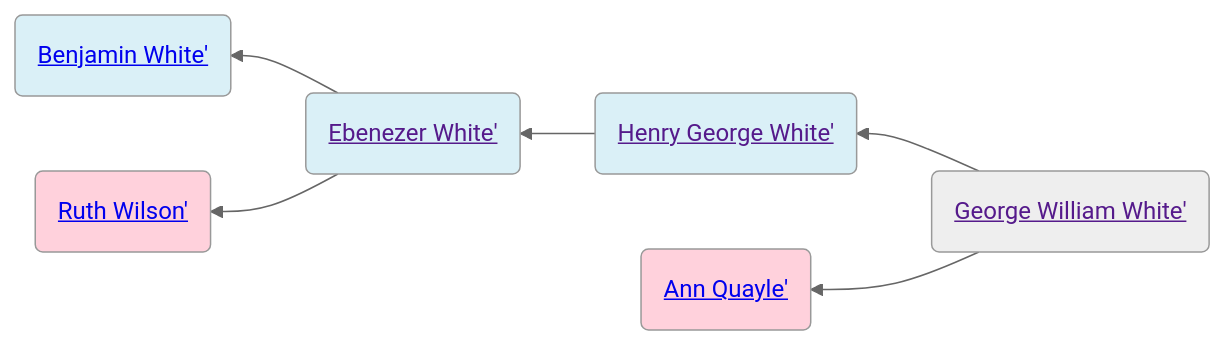
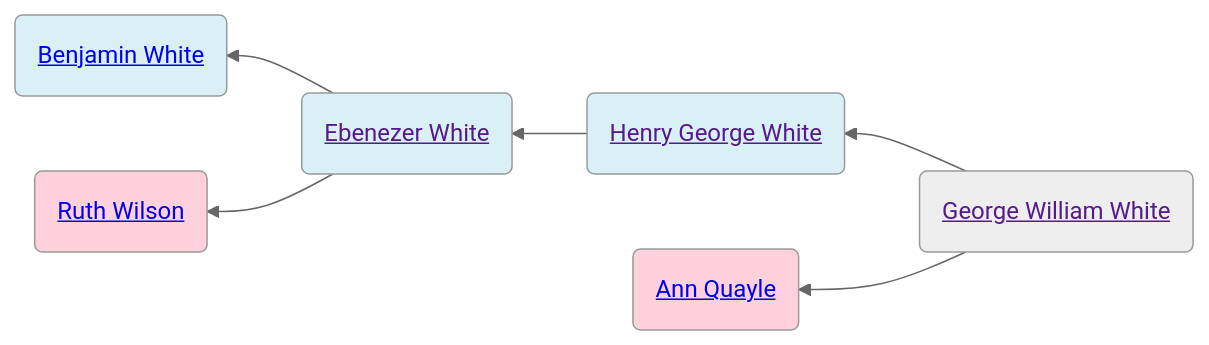
One commit to neelsmith/avocational changed the diagram in familyhistory/sources/people/Merrill-line/White-line/George_William_White.qmd. Above: the diagram before and after it, drawn with Mermaid (neutral theme). The commit also changed 96 other files, not shown here.

````diff
--- a/familyhistory/sources/people/Merrill-line/White-line/George_William_White.qmd
+++ b/familyhistory/sources/people/Merrill-line/White-line/George_William_White.qmd
@@ -19,18 +19,18 @@
 ```{mermaid}
 graph RL
 %% RL ancestor diagram
-George_William_White(<a href=''>George William White'</>) -->  Henry_George_White(<a href='./Henry_George_White.html'>Henry George White'</>)
-Henry_George_White(<a href=''>Henry George White'</>) -->  Ebenezer_White(<a href='./Ebenezer_White.html'>Ebenezer White'</>)
-Ebenezer_White(<a href=''>Ebenezer White'</>) -->  Benjamin_White(<a href='./Benjamin_White.html'>Benjamin White'</>)
+George_William_White(<a href=''>George William White</a>) -->  Henry_George_White(<a href='./Henry_George_White.html'>Henry George White</a>)
+Henry_George_White(<a href=''>Henry George White</a>) -->  Ebenezer_White(<a href='./Ebenezer_White.html'>Ebenezer White</a>)
+Ebenezer_White(<a href=''>Ebenezer White</a>) -->  Benjamin_White(<a href='./Benjamin_White.html'>Benjamin White</a>)
 class Benjamin_White father
-Ebenezer_White(<a href=''>Ebenezer White'</>)  --> Ruth_Wilson(<a href='./Wilson-line/Ruth_Wilson.html'>Ruth Wilson'</>)
+Ebenezer_White(<a href=''>Ebenezer White</a>)  --> Ruth_Wilson(<a href='./Wilson-line/Ruth_Wilson.html'>Ruth Wilson</a>)
 class Ruth_Wilson mother
 class Ebenezer_White father
 class Henry_George_White father
-George_William_White(<a href=''>George William White'</>)  --> Ann_Quayle(<a href='./Ann_Quayle.html'>Ann Quayle'</>)
+George_William_White(<a href=''>George William White</a>)  --> Ann_Quayle(<a href='./Ann_Quayle.html'>Ann Quayle</a>)
 class Ann_Quayle mother
 classDef mother fill:#ffd1dc
 classDef father fill:#daf0f7  
 classDef marriage fill:#ffffff
 
 ```
````
